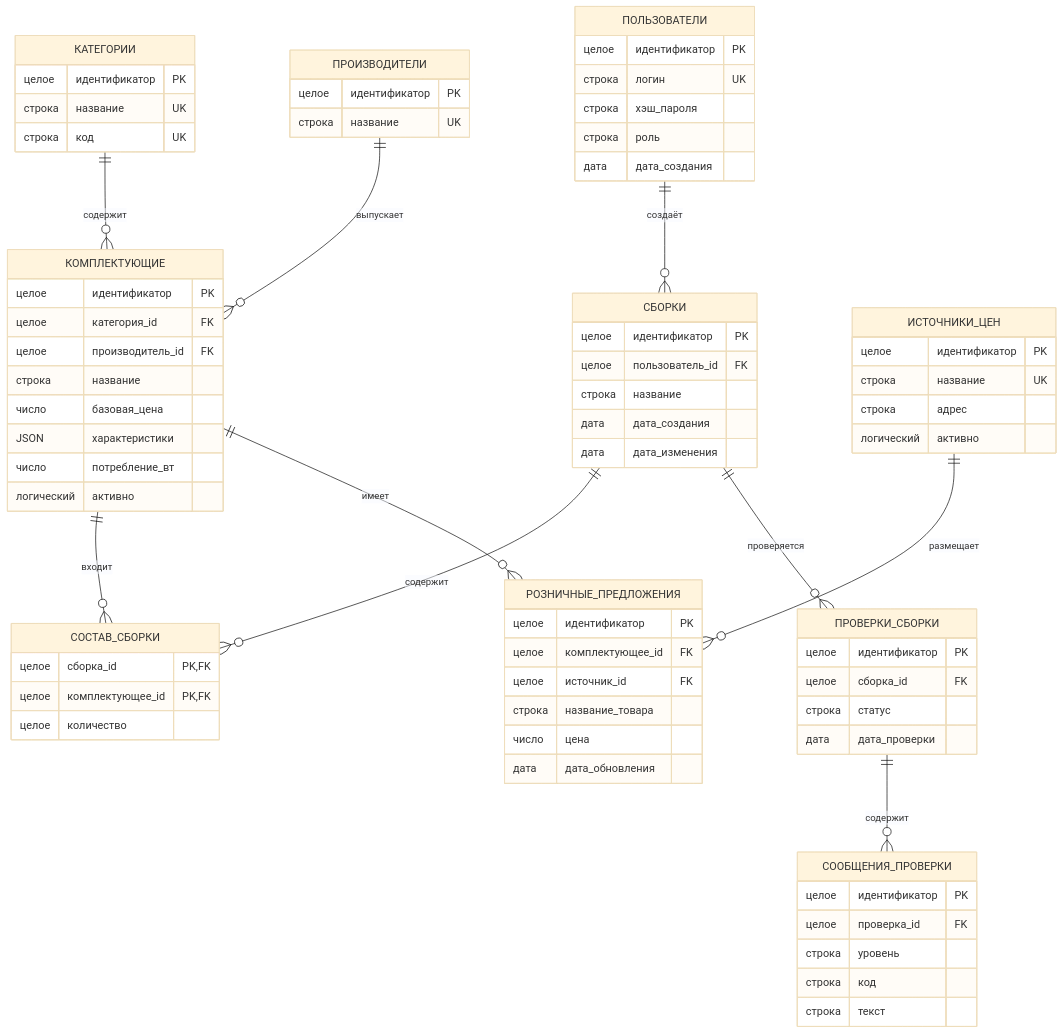
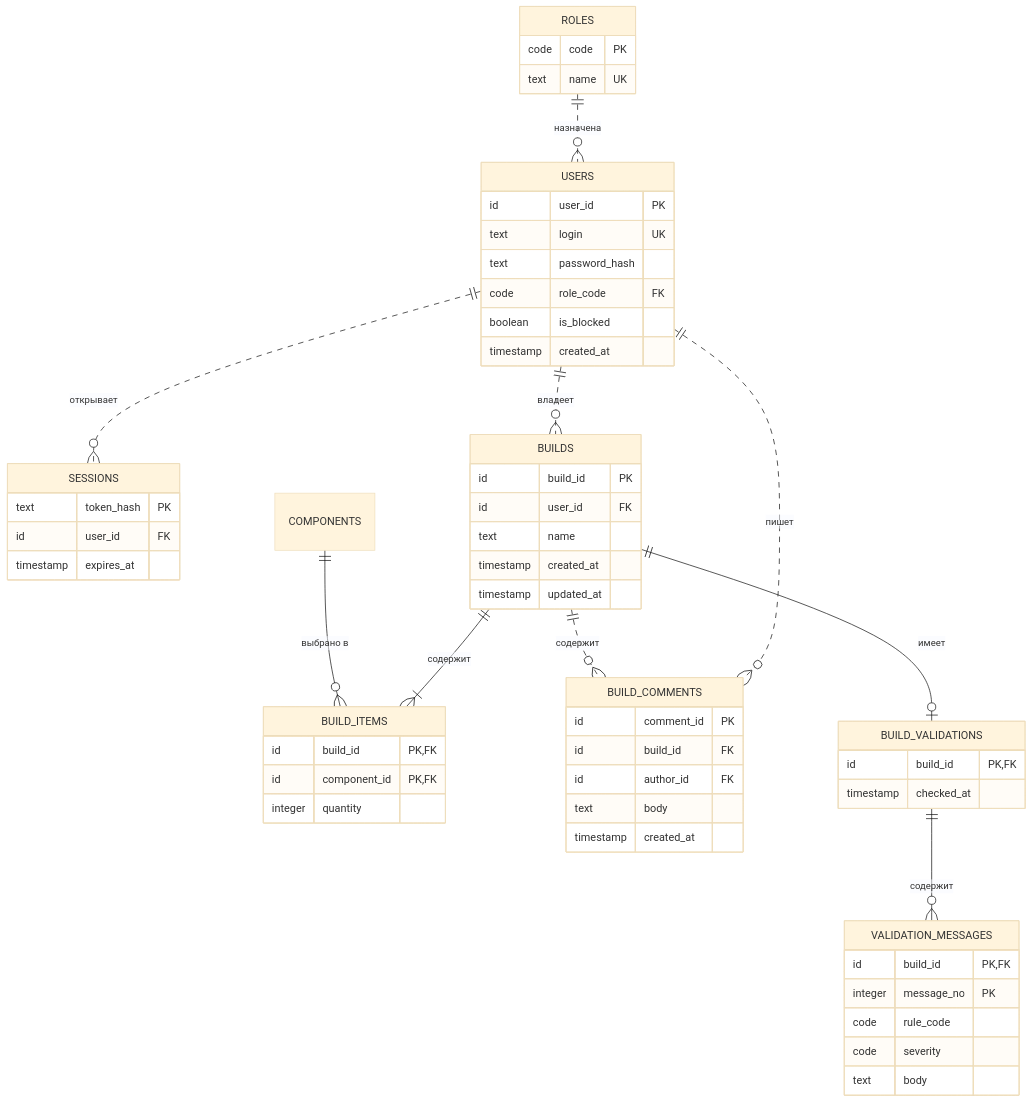
One commit to Beaulo0o/PC-Configurator changed the first of 4 diagrams in логическая-схема-бд.md. Above: the diagram before and after it, drawn with Mermaid (base theme). The commit also changed other lines of this file and 1 other file, not shown here.

Commit message:
Переработать концептуальную и логическую схемы БД

````diff
--- a/логическая-схема-бд.md
+++ b/логическая-схема-бд.md
@@ -5,78 +9,60 @@
-~~~mermaid
+```mermaid
 erDiagram
-    ПОЛЬЗОВАТЕЛИ ||--o{ СБОРКИ : создаёт
-    КАТЕГОРИИ ||--o{ КОМПЛЕКТУЮЩИЕ : содержит
-    ПРОИЗВОДИТЕЛИ ||--o{ КОМПЛЕКТУЮЩИЕ : выпускает
-    СБОРКИ ||--o{ СОСТАВ_СБОРКИ : содержит
-    КОМПЛЕКТУЮЩИЕ ||--o{ СОСТАВ_СБОРКИ : входит
-    КОМПЛЕКТУЮЩИЕ ||--o{ РОЗНИЧНЫЕ_ПРЕДЛОЖЕНИЯ : имеет
-    ИСТОЧНИКИ_ЦЕН ||--o{ РОЗНИЧНЫЕ_ПРЕДЛОЖЕНИЯ : размещает
-    СБОРКИ ||--o{ ПРОВЕРКИ_СБОРКИ : проверяется
-    ПРОВЕРКИ_СБОРКИ ||--o{ СООБЩЕНИЯ_ПРОВЕРКИ : содержит
+    ROLES ||..o{ USERS : "назначена"
+    USERS ||..o{ SESSIONS : "открывает"
+    USERS ||..o{ BUILDS : "владеет"
+    BUILDS ||--|{ BUILD_ITEMS : "содержит"
+    COMPONENTS ||--o{ BUILD_ITEMS : "выбрано в"
+    USERS ||..o{ BUILD_COMMENTS : "пишет"
+    BUILDS ||..o{ BUILD_COMMENTS : "содержит"
+    BUILDS ||--o| BUILD_VALIDATIONS : "имеет"
+    BUILD_VALIDATIONS ||--o{ VALIDATION_MESSAGES : "содержит"
 
-    ПОЛЬЗОВАТЕЛИ {
-        целое идентификатор PK
-        строка логин UK
-        строка хэш_пароля
-        строка роль
-        дата дата_создания
+    ROLES {
+        code code PK
+        text name UK
     }
-    КАТЕГОРИИ {
-        целое идентификатор PK
-        строка название UK
-        строка код UK
+    USERS {
+        id user_id PK
+        text login UK
+        text password_hash
+        code role_code FK
+        boolean is_blocked
+        timestamp created_at
     }
-    ПРОИЗВОДИТЕЛИ {
-        целое идентификатор PK
-        строка название UK
+    SESSIONS {
+        text token_hash PK
+        id user_id FK
+        timestamp expires_at
     }
-    КОМПЛЕКТУЮЩИЕ {
-        целое идентификатор PK
-        целое категория_id FK
-        целое производитель_id FK
-        строка название
-        число базовая_цена
-        JSON характеристики
-        число потребление_вт
-        логический активно
+    BUILDS {
+        id build_id PK
+        id user_id FK
+        text name
+        timestamp created_at
+        timestamp updated_at
     }
-    СБОРКИ {
-        целое идентификатор PK
-        целое пользователь_id FK
-        строка название
-        дата дата_создания
-        дата дата_изменения
+    BUILD_ITEMS {
+        id build_id PK, FK
+        id component_id PK, FK
+        integer quantity
     }
-    СОСТАВ_СБОРКИ {
-        целое сборка_id PK, FK
-        целое комплектующее_id PK, FK
-        целое количество
+    BUILD_COMMENTS {
+        id comment_id PK
+        id build_id FK
+        id author_id FK
+        text body
+        timestamp created_at
     }
-    ИСТОЧНИКИ_ЦЕН {
-        целое идентификатор PK
-        строка название UK
-        строка адрес
-        логический активно
+    BUILD_VALIDATIONS {
+        id build_id PK, FK
+        timestamp checked_at
     }
-    РОЗНИЧНЫЕ_ПРЕДЛОЖЕНИЯ {
-        целое идентификатор PK
-        целое комплектующее_id FK
-        целое источник_id FK
-        строка название_товара
-        число цена
-        дата дата_обновления
+    VALIDATION_MESSAGES {
+        id build_id PK, FK
+        integer message_no PK
+        code rule_code
+        code severity
+        text body
     }
-    ПРОВЕРКИ_СБОРКИ {
-        целое идентификатор PK
-        целое сборка_id FK
-        строка статус
-        дата дата_проверки
-    }
-    СООБЩЕНИЯ_ПРОВЕРКИ {
-        целое идентификатор PK
-        целое проверка_id FK
-        строка уровень
-        строка код
-        строка текст
-    }
-~~~
+```
````
